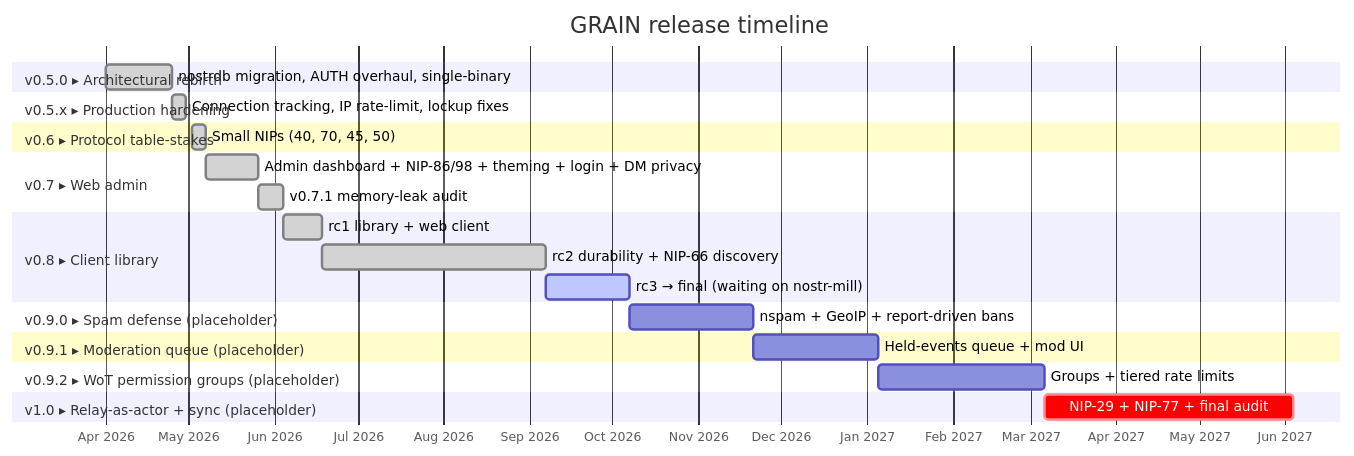
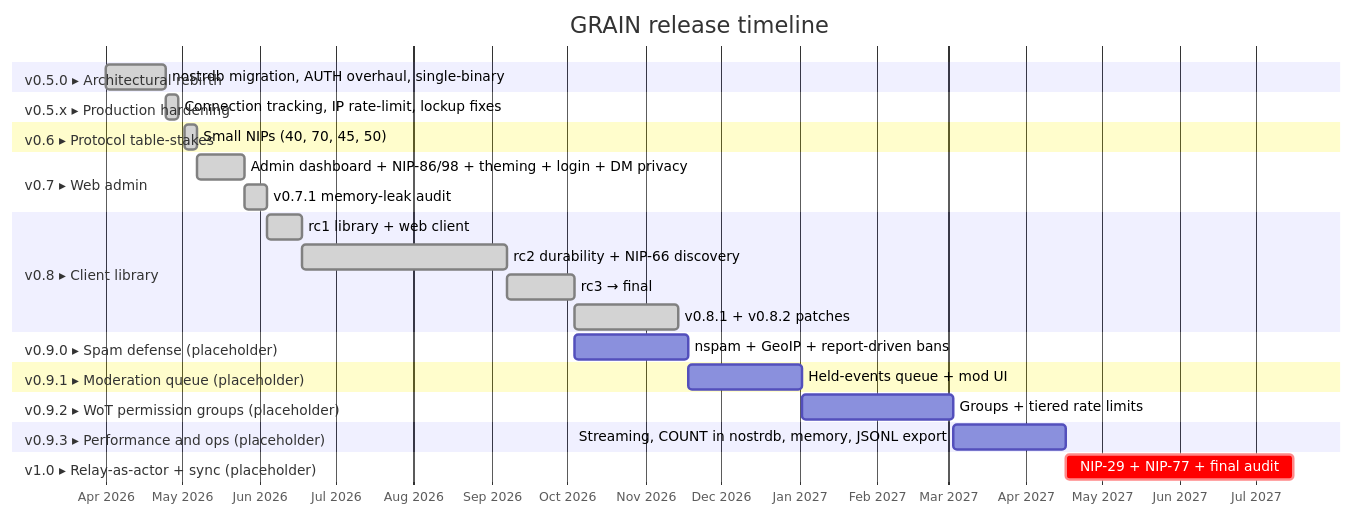
One commit to 0ceanSlim/grain changed the diagram in ROADMAP.md. Above: the diagram before and after it, drawn with Mermaid. The commit also changed other lines of this file, not shown here.

First line of the commit message:
docs(roadmap): v0.8 shipped; add v0.9.3 performance and ops

````diff
--- a/ROADMAP.md
+++ b/ROADMAP.md
@@ -24,36 +26,40 @@
 ```mermaid
 gantt
     title GRAIN release timeline
     dateFormat  YYYY-MM-DD
     axisFormat  %b %Y
 
     section v0.5.0 ▸ Architectural rebirth
     nostrdb migration, AUTH overhaul, single-binary    :done, v05, 2026-04-01, 2026-04-25
 
     section v0.5.x ▸ Production hardening
     Connection tracking, IP rate-limit, lockup fixes   :done, v05x, 2026-04-25, 2026-04-30
 
     section v0.6 ▸ Protocol table-stakes
     Small NIPs (40, 70, 45, 50)                        :done, v06, 2026-05-02, 2026-05-07
 
     section v0.7 ▸ Web admin
     Admin dashboard + NIP-86/98 + theming + login + DM privacy :done, v07, 2026-05-07, 2026-05-26
     v0.7.1 memory-leak audit                           :done, v071, 2026-05-26, 2026-06-04
 
     section v0.8 ▸ Client library
     rc1 library + web client                           :done, v08a, 2026-06-04, 2026-06-18
     rc2 durability + NIP-66 discovery                  :done, v08b, 2026-06-18, 2026-09-07
-    rc3 → final (waiting on nostr-mill)                :active, v08c, 2026-09-07, 30d
+    rc3 → final                                        :done, v08c, 2026-09-07, 2026-10-04
+    v0.8.1 + v0.8.2 patches                            :done, v08p, 2026-10-04, 2026-11-14
 
     section v0.9.0 ▸ Spam defense (placeholder)
     nspam + GeoIP + report-driven bans                 :v090, after v08c, 45d
 
     section v0.9.1 ▸ Moderation queue (placeholder)
     Held-events queue + mod UI                         :v091, after v090, 45d
 
     section v0.9.2 ▸ WoT permission groups (placeholder)
     Groups + tiered rate limits                        :v092, after v091, 60d
 
+    section v0.9.3 ▸ Performance and ops (placeholder)
+    Streaming, COUNT in nostrdb, memory, JSONL export  :v093, after v092, 45d
+
     section v1.0 ▸ Relay-as-actor + sync (placeholder)
-    NIP-29 + NIP-77 + final audit                      :crit, v10, after v092, 90d
+    NIP-29 + NIP-77 + final audit                      :crit, v10, after v093, 90d
 ```
````
